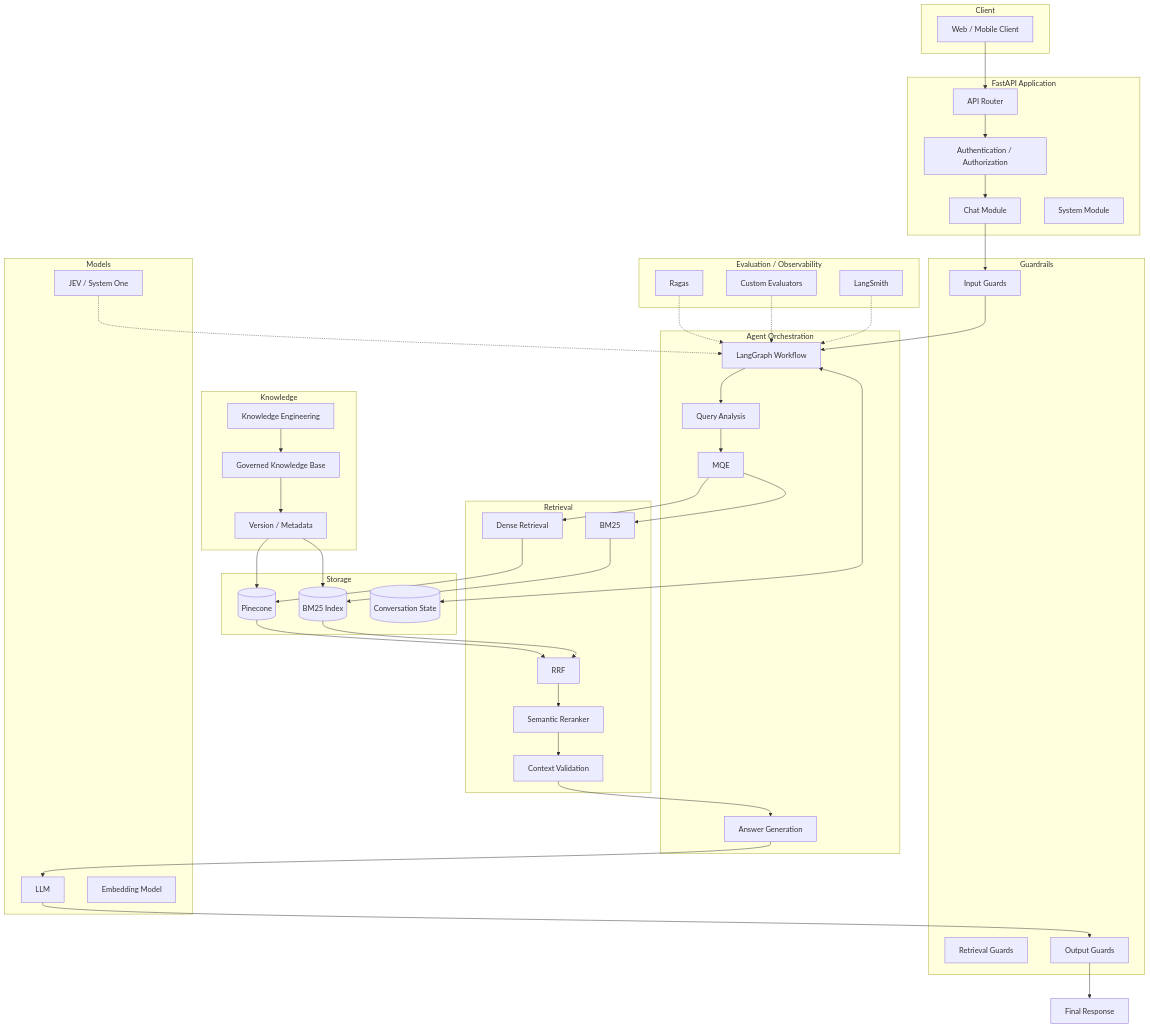
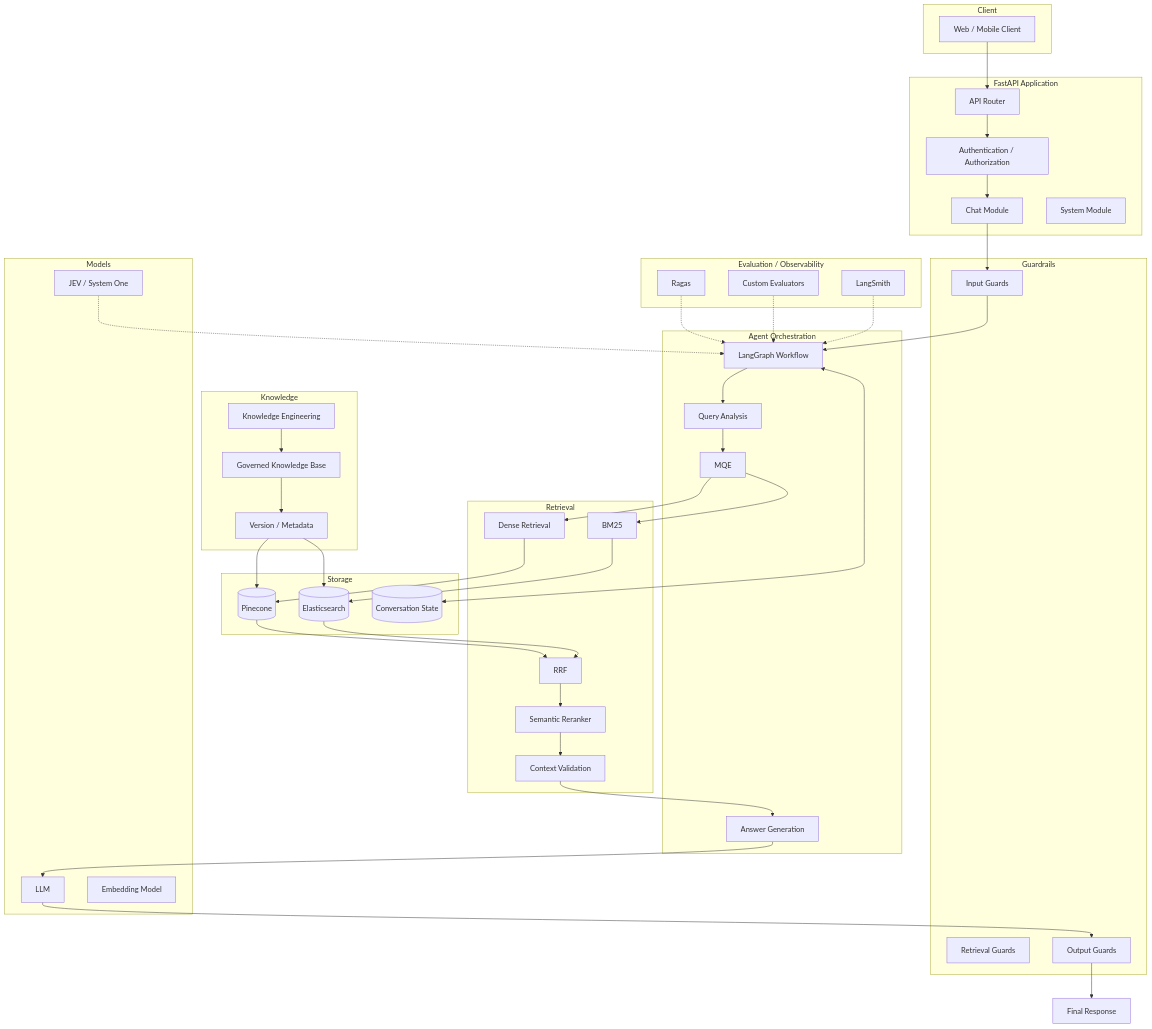
One commit to AdithyaGopakumar/Advanced-RAG-Banking changed the third of 33 diagrams in docs/ARCHITECTURE.md. Above: the diagram before and after it, drawn with Mermaid. The commit also changed other lines of this file and 8 other files, not shown here.

```diff
--- a/docs/ARCHITECTURE.md
+++ b/docs/ARCHITECTURE.md
@@ -174,7 +174,7 @@
 
     subgraph Storage["Storage"]
         Pinecone[("Pinecone")]
-        BM25Index[("BM25 Index")]
+        Elasticsearch[("Elasticsearch")]
         Memory[("Conversation State")]
     end
 
@@ -194,9 +194,9 @@
     MQE --> Dense
     MQE --> Lexical
     Dense --> Pinecone
-    Lexical --> BM25Index
+    Lexical --> Elasticsearch
     Pinecone --> Fusion
-    BM25Index --> Fusion
+    Elasticsearch --> Fusion
     Fusion --> Rerank
     Rerank --> Validation
     Validation --> Generation
@@ -207,7 +207,7 @@
     Pipeline --> KB
     KB --> Versioning
     Versioning --> Pinecone
-    Versioning --> BM25Index
+    Versioning --> Elasticsearch
 
     Graph <--> Memory
     Ragas -.-> Graph
```
